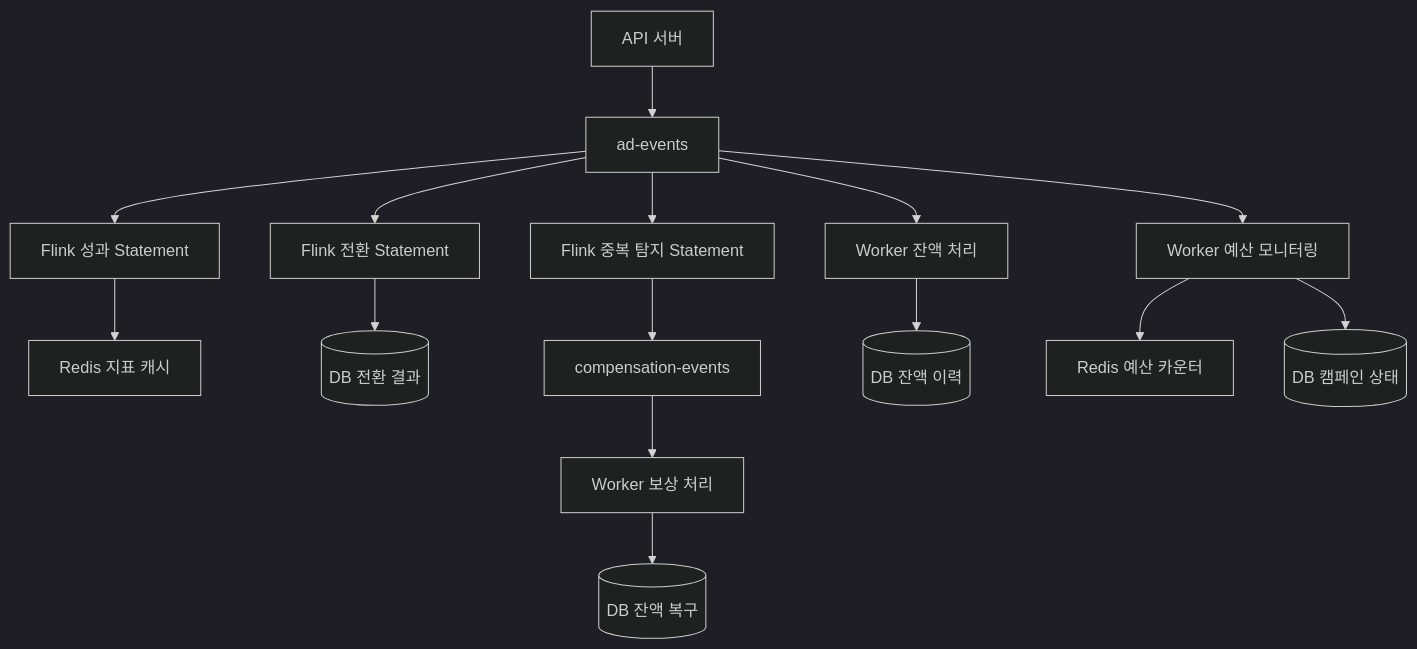
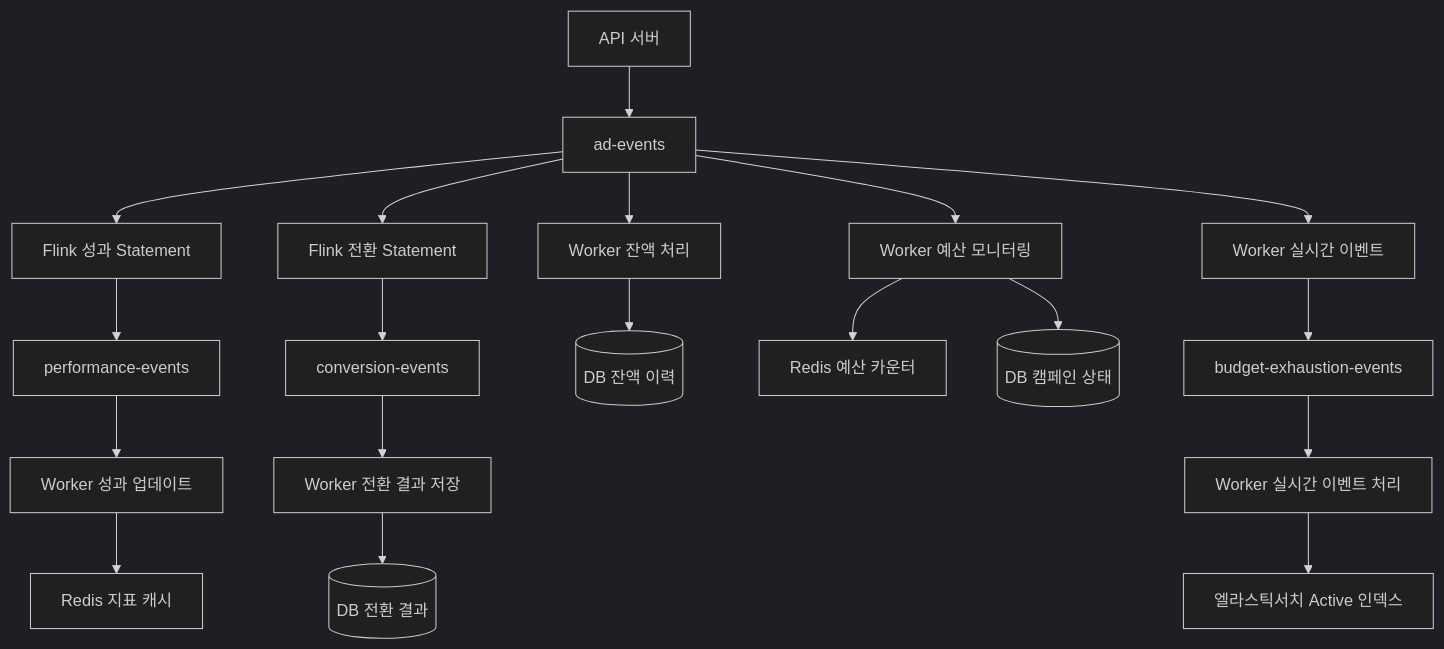
One commit to smk692/advertisement-project changed the second of 6 diagrams in docs/2. 설계/2-4. 광고_토픽_설계.md. Above: the diagram before and after it, drawn with Mermaid (dark theme). The commit also changed other lines of this file and 15 other files, not shown here.

````diff
--- a/docs/2. 설계/2-4. 광고_토픽_설계.md
+++ b/docs/2. 설계/2-4. 광고_토픽_설계.md
@@ -212,20 +277,25 @@
 ```mermaid
 graph TB
     API[API 서버] --> K2[ad-events]
     
     K2 --> F2[Flink 성과 Statement]
     K2 --> F3[Flink 전환 Statement]
-    K2 --> F4[Flink 중복 탐지 Statement] 
     K2 --> W1[Worker 잔액 처리]
     K2 --> W2[Worker 예산 모니터링]
+    K2 --> W3[Worker 실시간 이벤트]
     
-    F2 --> R2[Redis 지표 캐시]
-    F3 --> DB1[(DB 전환 결과)]
-    F4 --> K4[compensation-events]
+    F2 --> K5[performance-events]
+    F3 --> K6[conversion-events]
     W1 --> DB2[(DB 잔액 이력)]
     W2 --> R3[Redis 예산 카운터]
     W2 --> DB3[(DB 캠페인 상태)]
+    W3 --> K4[budget-exhaustion-events]
     
-    K4 --> W3[Worker 보상 처리]
-    W3 --> DB4[(DB 잔액 복구)]
+    K5 --> W5[Worker 성과 업데이트]
+    K6 --> W6[Worker 전환 결과 저장]
+    K4 --> W4[Worker 실시간 이벤트 처리]
+    
+    W5 --> R2[Redis 지표 캐시]
+    W6 --> DB1[(DB 전환 결과)]
+    W4 --> ES1[엘라스틱서치 Active 인덱스]
 ```
````
